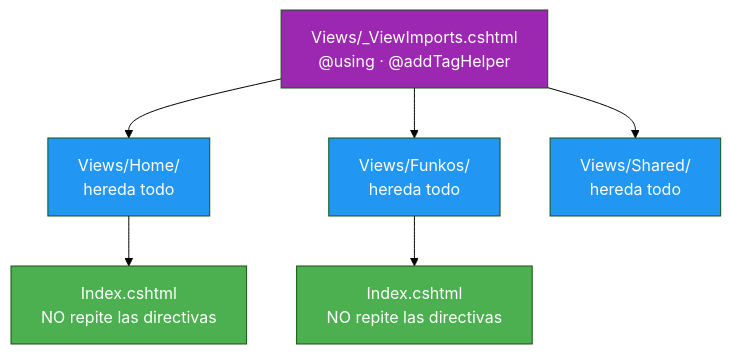
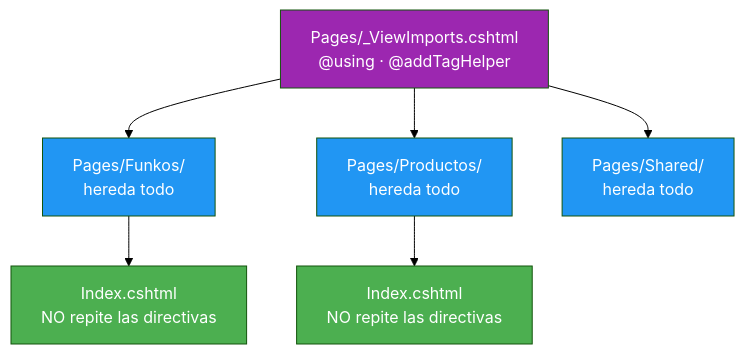
Before and after one commit to joseluisgs/DesarrolloWebEntornosServidor-03-2026-2027: the first of 7 diagrams in 02-directivas-sintaxis.md, drawn with Mermaid (forest theme). The commit also changed other lines of this file, not shown here.

First line of the commit message:
docs: replantear 02 con enfoque de gestion de Funkos y verificar @model/@inject

````diff
--- a/02-directivas-sintaxis.md
+++ b/02-directivas-sintaxis.md
@@ -143,16 +156,16 @@
 ```mermaid
 graph TD
-    A["Views/_ViewImports.cshtml<br/>@using · @addTagHelper"] --> B["Views/Home/<br/>hereda todo"]
-    A --> C["Views/Funkos/<br/>hereda todo"]
-    A --> D["Views/Shared/<br/>hereda todo"]
+    A["Pages/_ViewImports.cshtml<br/>@using · @addTagHelper"] --> B["Pages/Funkos/<br/>hereda todo"]
+    A --> C["Pages/Productos/<br/>hereda todo"]
+    A --> D["Pages/Shared/<br/>hereda todo"]
 
     B --> B1["Index.cshtml<br/>NO repite las directivas"]
     C --> C1["Index.cshtml<br/>NO repite las directivas"]
 
     style A fill:#9C27B0,color:#fff
     style B fill:#2196F3,color:#fff
     style C fill:#2196F3,color:#fff
     style D fill:#2196F3,color:#fff
     style B1 fill:#4CAF50,color:#fff
     style C1 fill:#4CAF50,color:#fff
 ```
````
